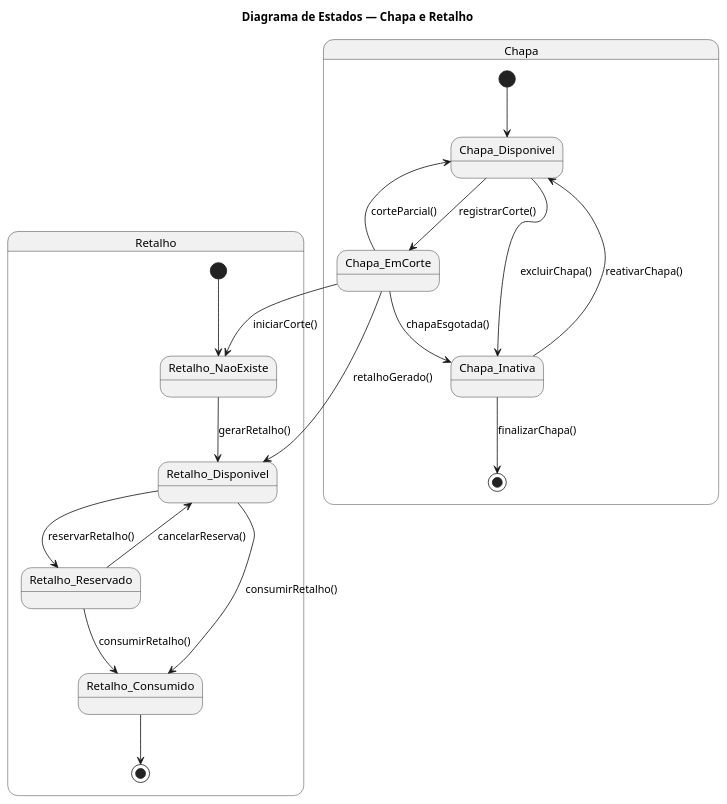
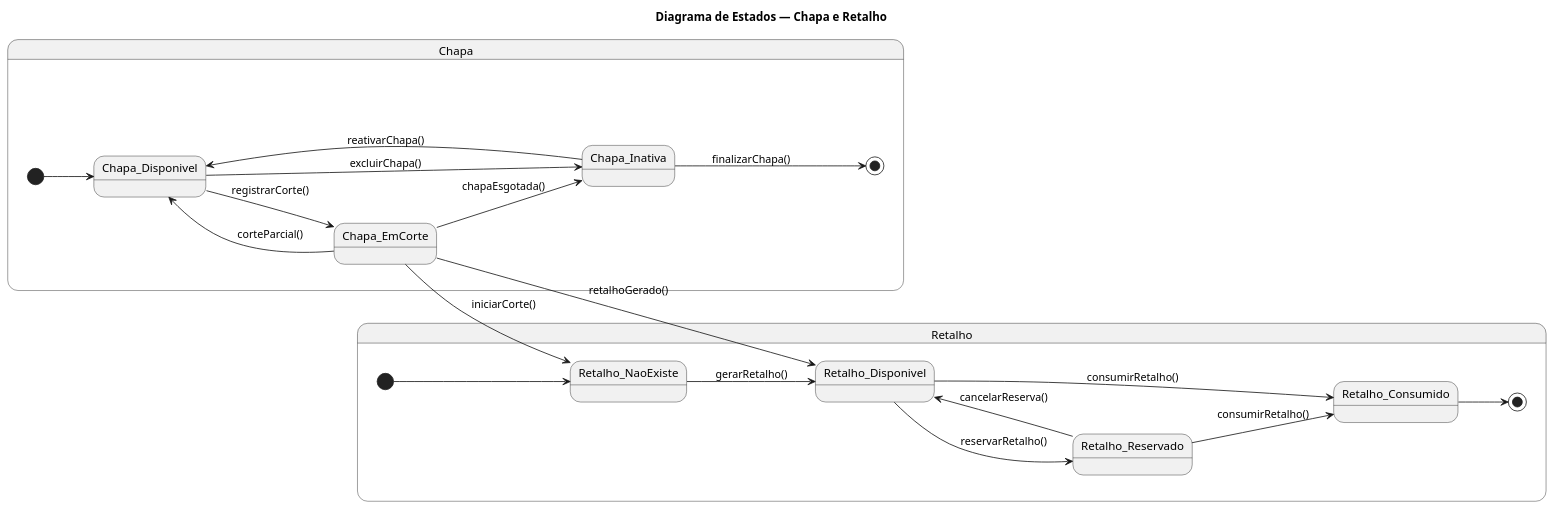
The third of 3 diagrams in DIAGRAMA_ESTADOS.md (WlFerrari/TetusManager), drawn with PlantUML before and after one commit. The commit also changed other lines of this file, not shown here.

Commit message:
Add left-to-right direction to state diagrams for Chapa and Retalho

````diff
--- a/DIAGRAMA_ESTADOS.md
+++ b/DIAGRAMA_ESTADOS.md
@@ -47,29 +49,31 @@
 ```plantuml
 @startuml
+left to right direction
 title Diagrama de Estados — Chapa e Retalho
 
 state Chapa {
   [*] --> Chapa_Disponivel
   Chapa_Disponivel --> Chapa_EmCorte : registrarCorte()
   Chapa_EmCorte --> Chapa_Disponivel : corteParcial()
   Chapa_EmCorte --> Chapa_Inativa : chapaEsgotada()
   Chapa_Disponivel --> Chapa_Inativa : excluirChapa()
   Chapa_Inativa --> Chapa_Disponivel : reativarChapa()
   Chapa_Inativa --> [*] : finalizarChapa()
 }
 
 state Retalho {
   [*] --> Retalho_NaoExiste
   Retalho_NaoExiste --> Retalho_Disponivel : gerarRetalho()
   Retalho_Disponivel --> Retalho_Reservado : reservarRetalho()
   Retalho_Reservado --> Retalho_Disponivel : cancelarReserva()
   Retalho_Disponivel --> Retalho_Consumido : consumirRetalho()
   Retalho_Reservado --> Retalho_Consumido : consumirRetalho()
   Retalho_Consumido --> [*]
 }
 
+Chapa -[hidden]-> Retalho
 Chapa_EmCorte --> Retalho_NaoExiste : iniciarCorte()
 Chapa_EmCorte --> Retalho_Disponivel : retalhoGerado()
 
 @enduml
 ```
````
